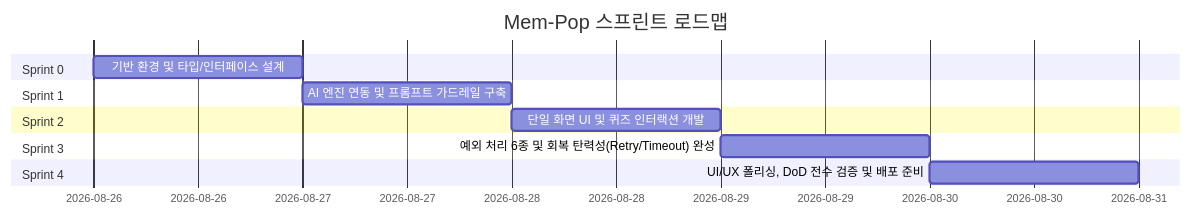
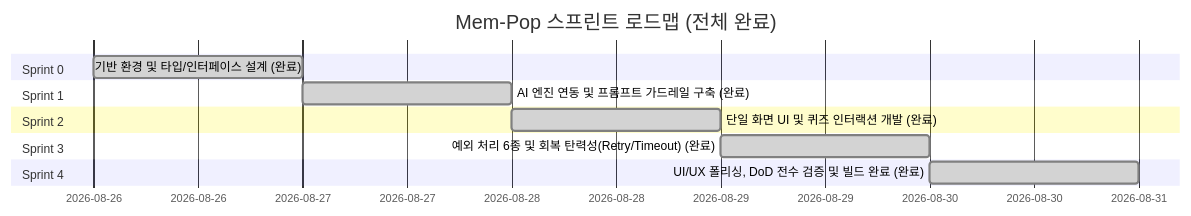
Before and after one commit to mingyeol2/mem-pop: the diagram in docs/DEVELOPMENT_PLAN.md, drawn with Mermaid. The commit also changed other lines of this file and 2 other files, not shown here.

Commit message:
docs: 스프린트 완료 결과 반영 및 아키텍처 명세서/README 최신화

````diff
--- a/docs/DEVELOPMENT_PLAN.md
+++ b/docs/DEVELOPMENT_PLAN.md
@@ -20,15 +21,15 @@
 ```mermaid
 gantt
-    title Mem-Pop 스프린트 로드맵
+    title Mem-Pop 스프린트 로드맵 (전체 완료)
     dateFormat  YYYY-MM-DD
     section Sprint 0
-    기반 환경 및 타입/인터페이스 설계       :s0, 2026-08-26, 1d
+    기반 환경 및 타입/인터페이스 설계 (완료)       :done, s0, 2026-08-26, 1d
     section Sprint 1
-    AI 엔진 연동 및 프롬프트 가드레일 구축   :s1, after s0, 1d
+    AI 엔진 연동 및 프롬프트 가드레일 구축 (완료)   :done, s1, after s0, 1d
     section Sprint 2
-    단일 화면 UI 및 퀴즈 인터랙션 개발      :s2, after s1, 1d
+    단일 화면 UI 및 퀴즈 인터랙션 개발 (완료)      :done, s2, after s1, 1d
     section Sprint 3
-    예외 처리 6종 및 회복 탄력성(Retry/Timeout) 완성 :s3, after s2, 1d
+    예외 처리 6종 및 회복 탄력성(Retry/Timeout) (완료) :done, s3, after s2, 1d
     section Sprint 4
-    UI/UX 폴리싱, DoD 전수 검증 및 배포 준비 :s4, after s3, 1d
+    UI/UX 폴리싱, DoD 전수 검증 및 빌드 완료 (완료) :done, s4, after s3, 1d
 ```
````
